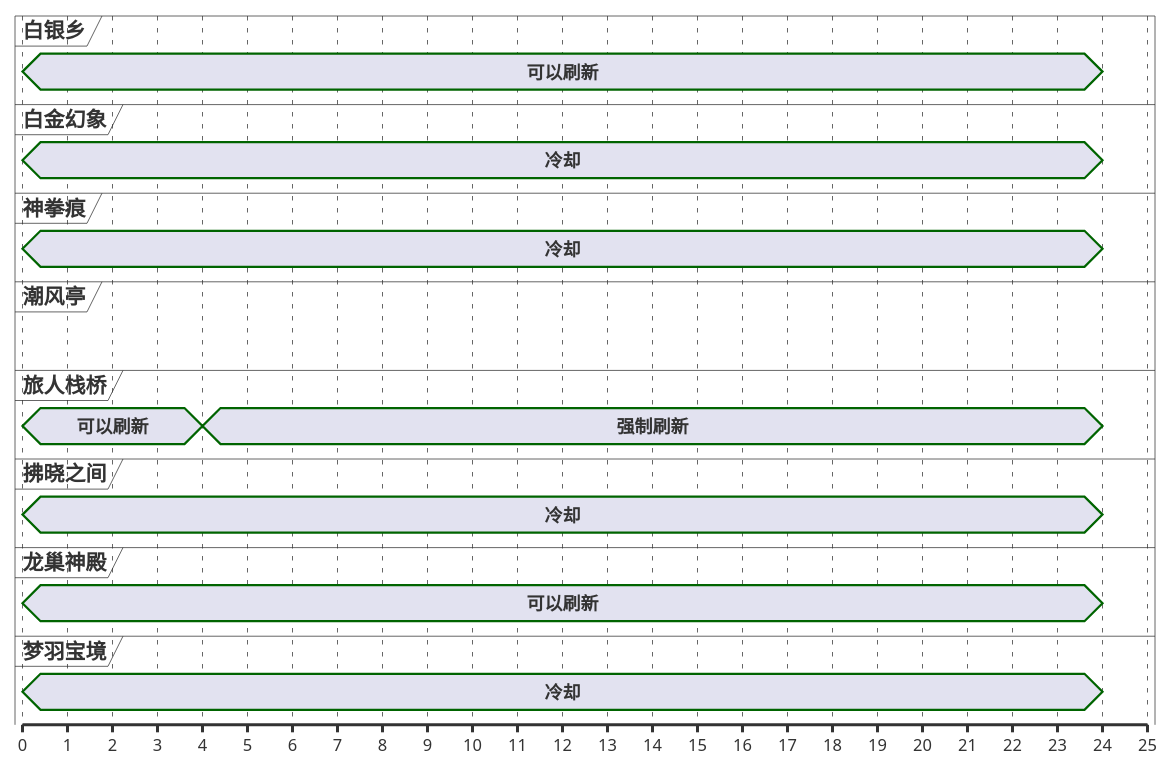
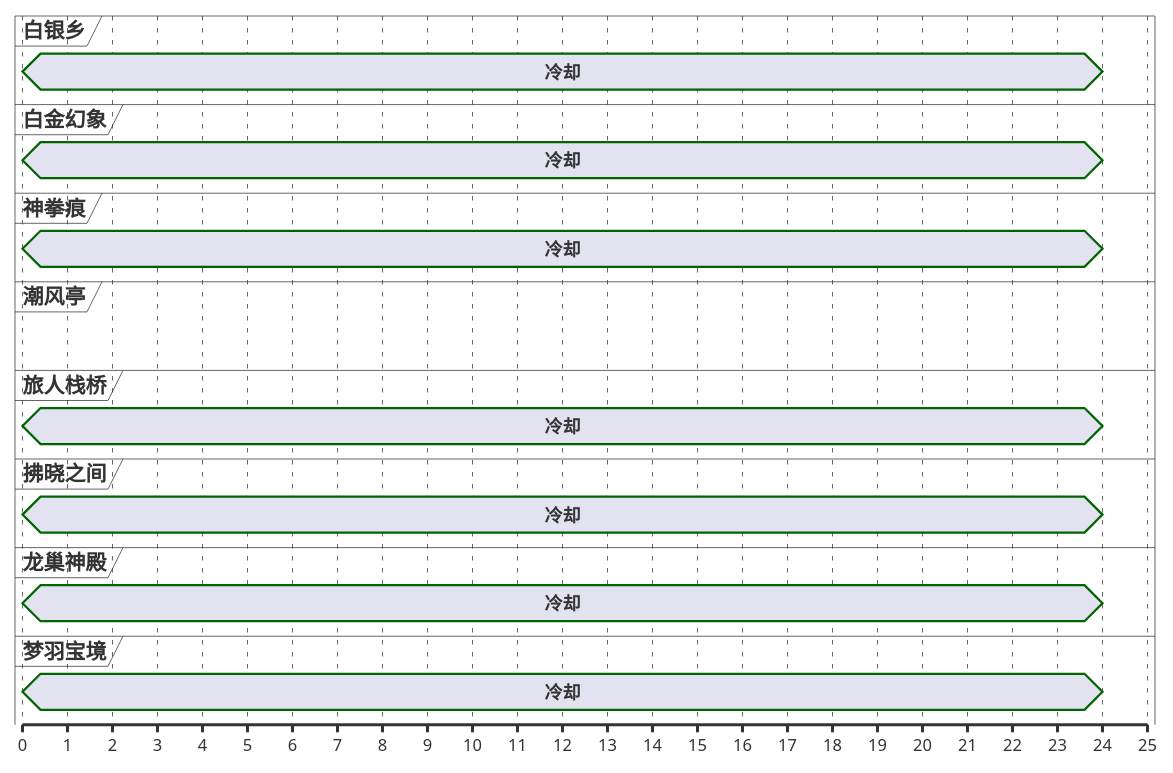
The second of 13 diagrams in ffxiv/hunt/2.0/Nunyunuwi.md (Eroleice/doc-pi), drawn with PlantUML before and after one commit. The commit also changed other lines of this file and 38 other files, not shown here.

````diff
--- a/ffxiv/hunt/2.0/Nunyunuwi.md
+++ b/ffxiv/hunt/2.0/Nunyunuwi.md
@@ -90,46 +84,43 @@
 ```plantuml
 @startuml
 scale 1 as 30 pixels
 
 concise 白银乡
 concise 白金幻象
 concise 神拳痕
 concise 潮风亭
 concise 旅人栈桥
 concise 拂晓之间
 concise 龙巢神殿
 concise 梦羽宝境
-
-@白银乡
-0 is 可以刷新
-0 is 强制刷新
-24 is {hidden}
-
-@龙巢神殿
-0 is 可以刷新
-0 is 强制刷新
-24 is {hidden}
-
-@旅人栈桥
-0 is 可以刷新
-4 is 强制刷新
-24 is {hidden}
 
 @拂晓之间
 0 is 冷却
 24 is {hidden}
 
 @白金幻象
 0 is 冷却
 24 is {hidden}
 
 @梦羽宝境
 0 is 冷却
 24 is {hidden}
 
 @神拳痕
 0 is 冷却
 24 is {hidden}
 
+@白银乡
+0 is 冷却
+24 is {hidden}
+
+@龙巢神殿
+0 is 冷却
+24 is {hidden}
+
+@旅人栈桥
+0 is 冷却
+24 is {hidden}
+
 @enduml
 ```
````
